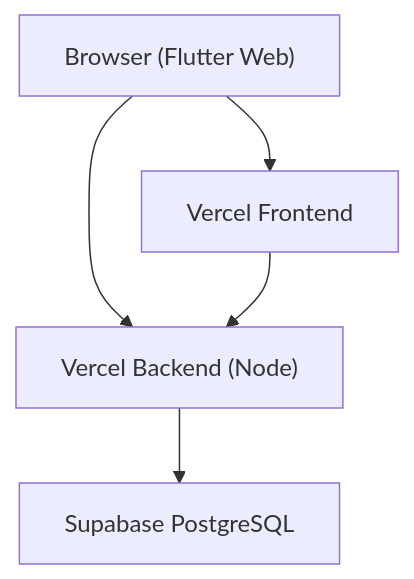
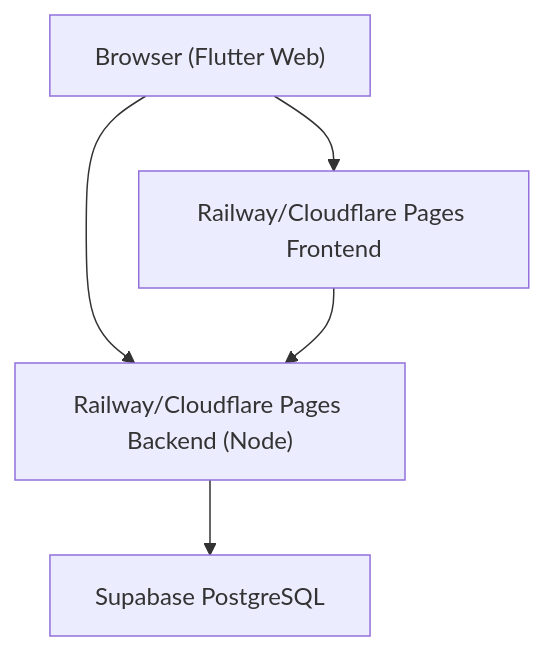
The second of 8 diagrams in repowiki/en/content/Deployment & DevOps/Deployment & DevOps.md (ARUNTHOMAS3/trans), drawn with Mermaid before and after one commit. The commit also changed other lines of this file and 1490 other files, not shown here.

````diff
--- a/repowiki/en/content/Deployment & DevOps/Deployment & DevOps.md
+++ b/repowiki/en/content/Deployment & DevOps/Deployment & DevOps.md
@@ -131,11 +131,11 @@
 ```mermaid
 graph TB
 Client["Browser (Flutter Web)"]
-VercelFE["Vercel Frontend"]
-VercelBE["Vercel Backend (Node)"]
+CloudflarePagesFE["Railway/Cloudflare Pages Frontend"]
+RailwayBE["Railway/Cloudflare Pages Backend (Node)"]
 SupabaseDB["Supabase PostgreSQL"]
-Client --> VercelFE
-Client --> VercelBE
-VercelFE --> VercelBE
-VercelBE --> SupabaseDB
+Client --> CloudflarePagesFE
+Client --> RailwayBE
+CloudflarePagesFE --> RailwayBE
+RailwayBE --> SupabaseDB
 ```
````
